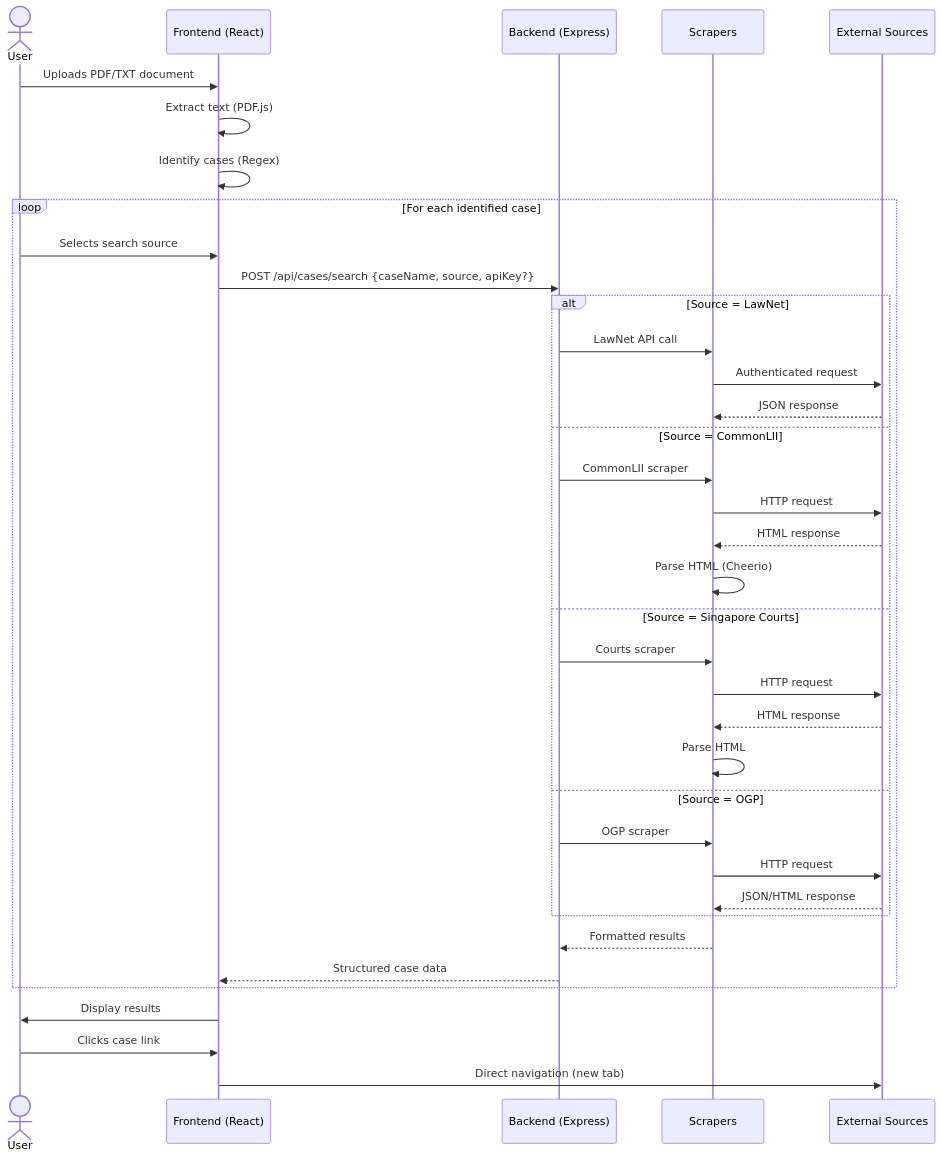
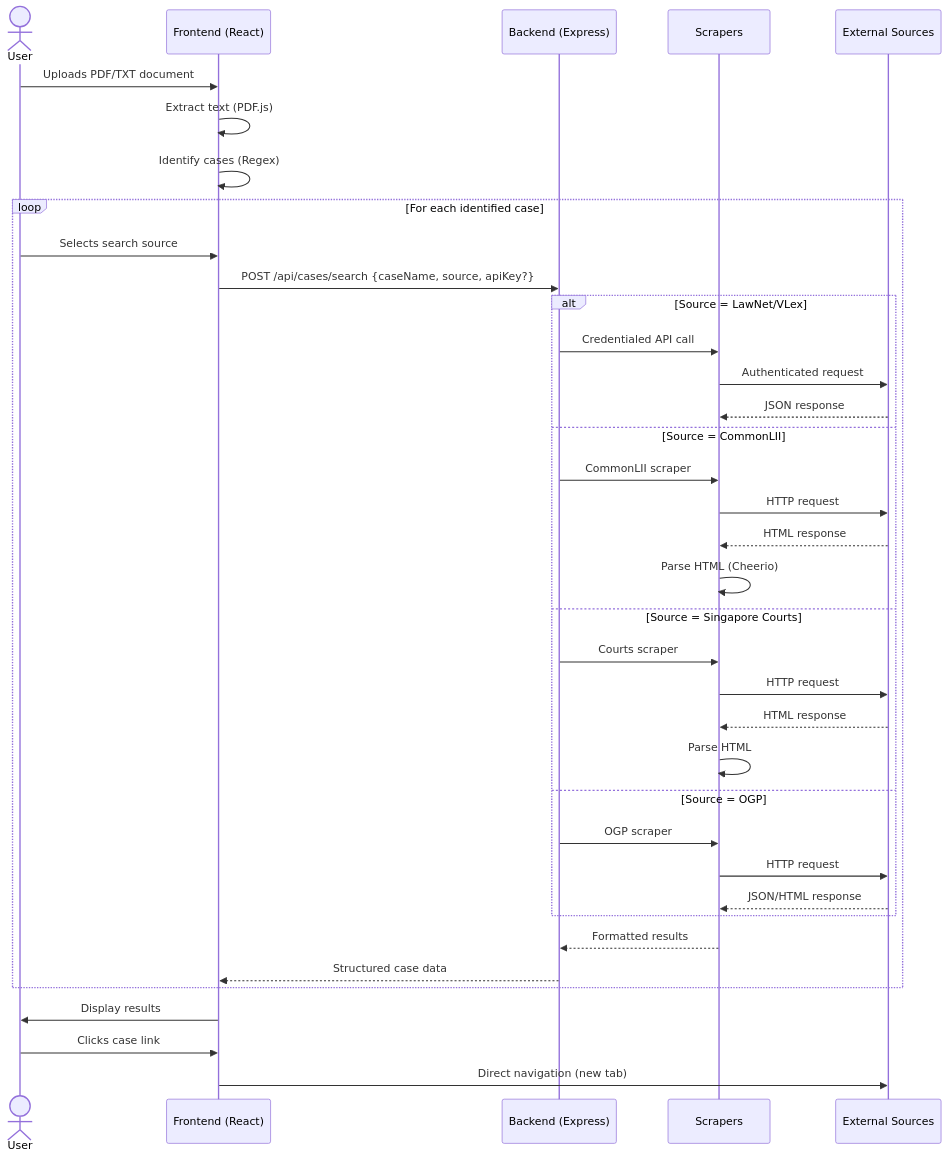
Before and after one commit to gongahkia/briefcase: the diagram in README.md, drawn with Mermaid. The commit also changed other lines of this file and 11 other files, not shown here.

````diff
--- a/README.md
+++ b/README.md
@@ -105,44 +149,44 @@
 ```mermaid
 sequenceDiagram
     actor User
     participant Frontend as Frontend (React)
     participant Backend as Backend (Express)
     participant Scrapers as Scrapers
     participant Sources as External Sources
 
     User->>Frontend: Uploads PDF/TXT document
     Frontend->>Frontend: Extract text (PDF.js)
     Frontend->>Frontend: Identify cases (Regex)
     
     loop For each identified case
         User->>Frontend: Selects search source
         Frontend->>Backend: POST /api/cases/search {caseName, source, apiKey?}
         
-        alt Source = LawNet
-            Backend->>Scrapers: LawNet API call
+        alt Source = LawNet/VLex
+            Backend->>Scrapers: Credentialed API call
             Scrapers->>Sources: Authenticated request
             Sources-->>Scrapers: JSON response
         else Source = CommonLII
             Backend->>Scrapers: CommonLII scraper
             Scrapers->>Sources: HTTP request
             Sources-->>Scrapers: HTML response
             Scrapers->>Scrapers: Parse HTML (Cheerio)
         else Source = Singapore Courts
             Backend->>Scrapers: Courts scraper
             Scrapers->>Sources: HTTP request
             Sources-->>Scrapers: HTML response
             Scrapers->>Scrapers: Parse HTML
         else Source = OGP
             Backend->>Scrapers: OGP scraper
             Scrapers->>Sources: HTTP request
             Sources-->>Scrapers: JSON/HTML response
         end
         
         Scrapers-->>Backend: Formatted results
         Backend-->>Frontend: Structured case data
     end
     
     Frontend->>User: Display results
     User->>Frontend: Clicks case link
     Frontend->>Sources: Direct navigation (new tab)
 ```
````
